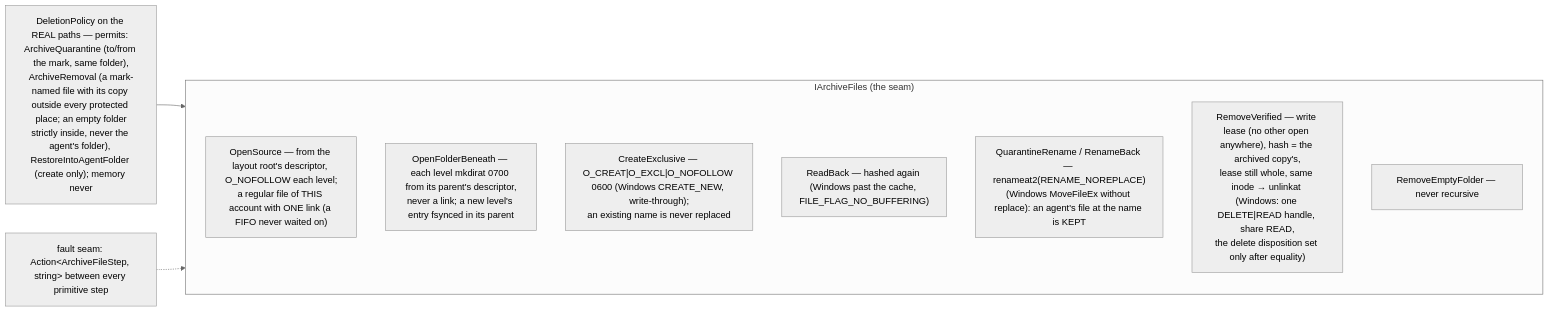
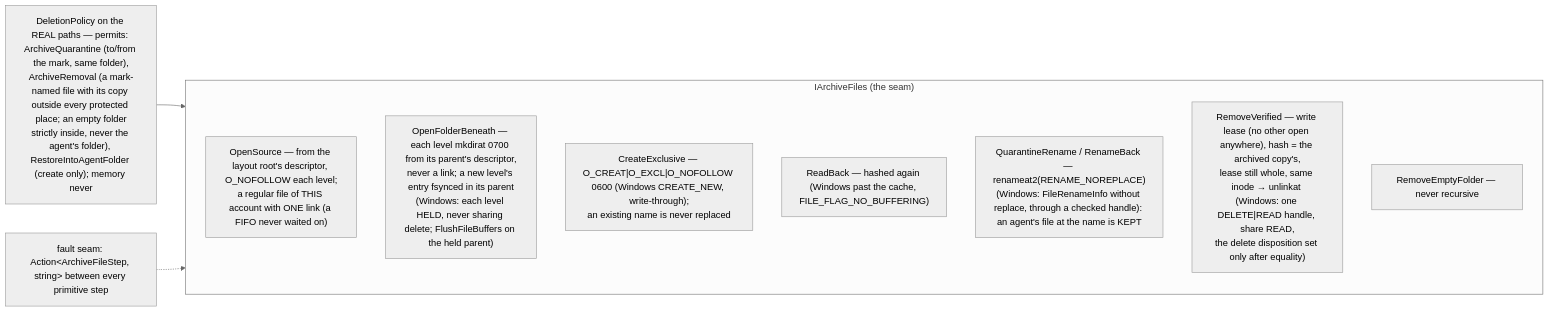
Diagram 28 of 34 in research/architecture.md (oleksandrdubyna88/wsl_care), drawn with Mermaid (neutral theme) before and after one commit. The commit also changed other lines of this file and 14 other files, not shown here.

First line of the commit message:
fix(daemon): E9.S2a gate round — Windows acts through checked handles, held folders, flush, owner, neutral folder handle

````diff
--- a/research/architecture.md
+++ b/research/architecture.md
@@ -2601,15 +2604,15 @@
 ```mermaid
 flowchart LR
     subgraph seam["IArchiveFiles (the seam)"]
         open["OpenSource — from the layout root's descriptor, O_NOFOLLOW each level;<br/>a regular file of THIS account with ONE link (a FIFO never waited on)"]
-        tree["OpenFolderBeneath — each level mkdirat 0700 from its parent's descriptor,<br/>never a link; a new level's entry fsynced in its parent"]
+        tree["OpenFolderBeneath — each level mkdirat 0700 from its parent's descriptor,<br/>never a link; a new level's entry fsynced in its parent<br/>(Windows: each level HELD, never sharing delete; FlushFileBuffers on the held parent)"]
         create["CreateExclusive — O_CREAT|O_EXCL|O_NOFOLLOW 0600 (Windows CREATE_NEW, write-through);<br/>an existing name is never replaced"]
         back["ReadBack — hashed again (Windows past the cache, FILE_FLAG_NO_BUFFERING)"]
-        rename["QuarantineRename / RenameBack — renameat2(RENAME_NOREPLACE)<br/>(Windows MoveFileEx without replace): an agent's file at the name is KEPT"]
+        rename["QuarantineRename / RenameBack — renameat2(RENAME_NOREPLACE)<br/>(Windows: FileRenameInfo without replace, through a checked handle): an agent's file at the name is KEPT"]
         remove["RemoveVerified — write lease (no other open anywhere), hash = the archived copy's,<br/>lease still whole, same inode → unlinkat (Windows: one DELETE|READ handle, share READ,<br/>the delete disposition set only after equality)"]
         empty["RemoveEmptyFolder — never recursive"]
     end
     policy["DeletionPolicy on the REAL paths — permits: ArchiveQuarantine (to/from the mark, same folder),<br/>ArchiveRemoval (a mark-named file with its copy outside every protected place; an empty folder<br/>strictly inside, never the agent's folder), RestoreIntoAgentFolder (create only); memory never"]
     policy --> seam
     fault["fault seam: Action&lt;ArchiveFileStep, string&gt; between every primitive step"] -.-> seam
 ```
````
